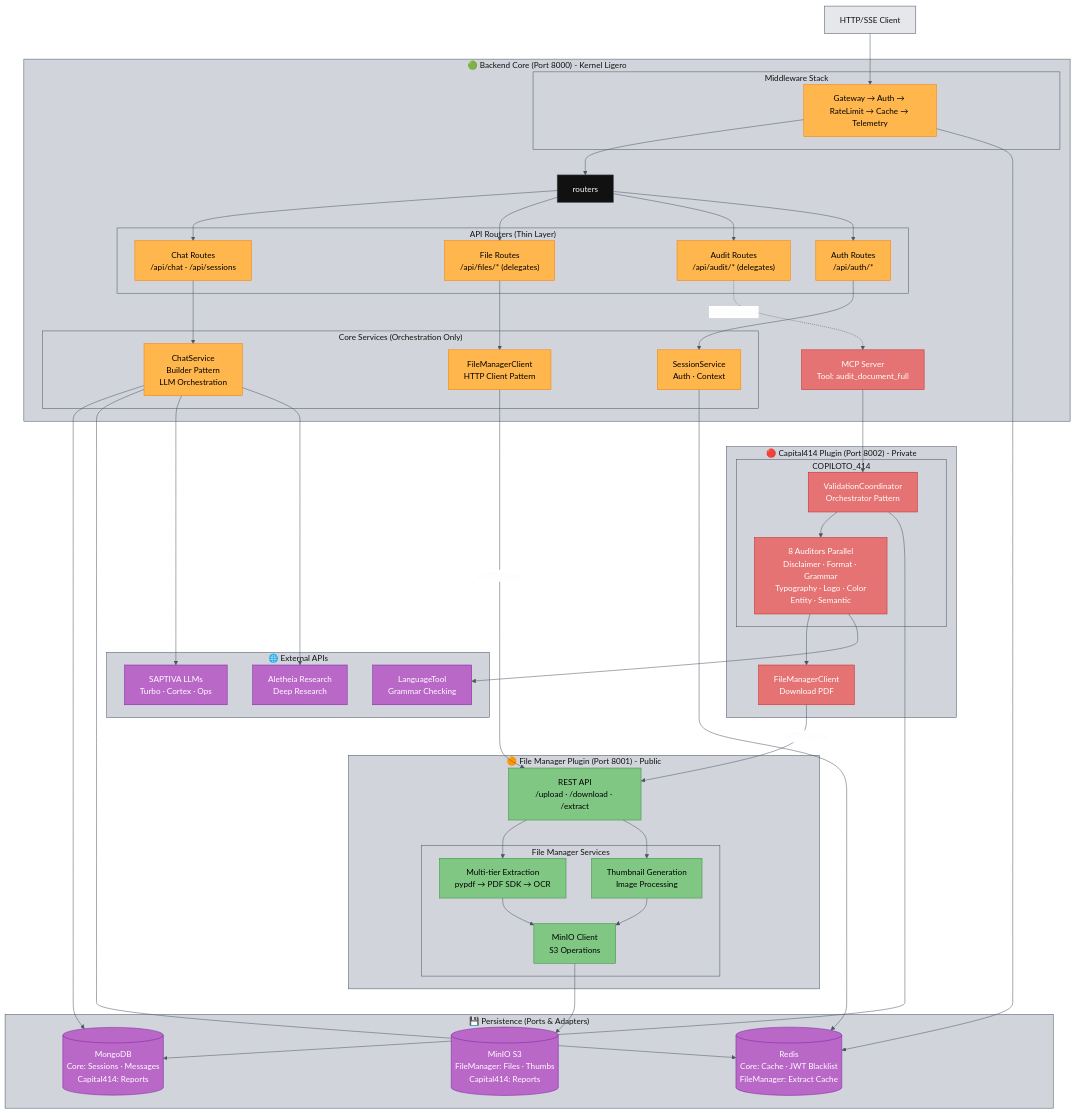
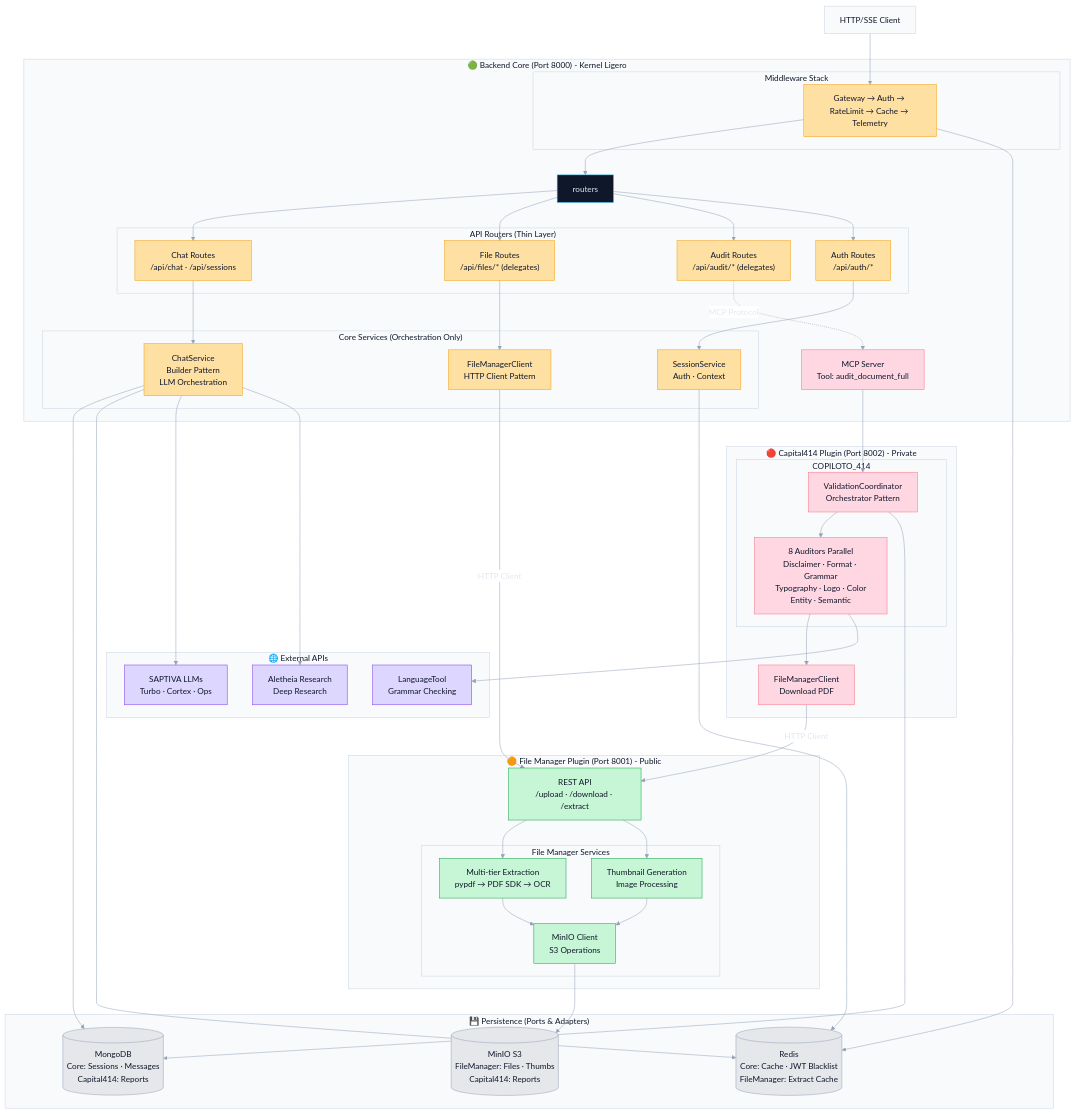
The sixth of 11 diagrams in README.md (saptiva-ai/octavios-chat), drawn with Mermaid before and after one commit. The commit also changed other lines of this file, not shown here.

Commit message:
docs: compact README and refresh diagrams

````diff
--- a/README.md
+++ b/README.md
@@ -918,5 +876,5 @@
 ```mermaid
-%%{init: {'theme': 'base', 'themeVariables': {'primaryColor': '#111111','primaryBorderColor': '#4b5563','primaryTextColor': '#f9fafb','lineColor': '#4b5563','secondaryColor': '#ffffff','secondaryBorderColor': '#4b5563','secondaryTextColor': '#111111','tertiaryColor': '#d1d5db','tertiaryBorderColor': '#4b5563','tertiaryTextColor': '#111111'}}}%%
+%%{init: {'theme': 'base', 'themeVariables': {'primaryColor': '#0f172a','primaryBorderColor': '#38bdf8','primaryTextColor': '#e2e8f0','lineColor': '#94a3b8','secondaryColor': '#ffffff','secondaryBorderColor': '#cbd5e1','secondaryTextColor': '#0f172a','tertiaryColor': '#f8fafc','tertiaryBorderColor': '#cbd5e1','tertiaryTextColor': '#0f172a'}}}%%
 flowchart TB
     client[HTTP/SSE Client]:::gray --> middleware
 
@@ -1008,10 +966,10 @@
     chat_svc --> aletheia
     auditores --> languagetool
 
-    classDef core fill:#ffb74d,stroke:#f57c00,color:#000000;
-    classDef plugin_public fill:#81c784,stroke:#388e3c,color:#000000;
-    classDef plugin_private fill:#e57373,stroke:#c62828,color:#ffffff;
-    classDef external fill:#ba68c8,stroke:#7b1fa2,color:#ffffff;
-    classDef infra fill:#ba68c8,stroke:#7b1fa2,color:#ffffff;
-    classDef gray fill:#e5e7eb,stroke:#4b5563,color:#111111;
+    classDef core fill:#ffe0a3,stroke:#f59e0b,color:#0f172a;
+    classDef plugin_public fill:#c6f6d5,stroke:#16a34a,color:#0f172a;
+    classDef plugin_private fill:#fed7e2,stroke:#fb7185,color:#0f172a;
+    classDef external fill:#ddd6fe,stroke:#7c3aed,color:#0f172a;
+    classDef infra fill:#e5e7eb,stroke:#94a3b8,color:#0f172a;
+    classDef gray fill:#f8fafc,stroke:#cbd5e1,color:#0f172a;
 ```
````
